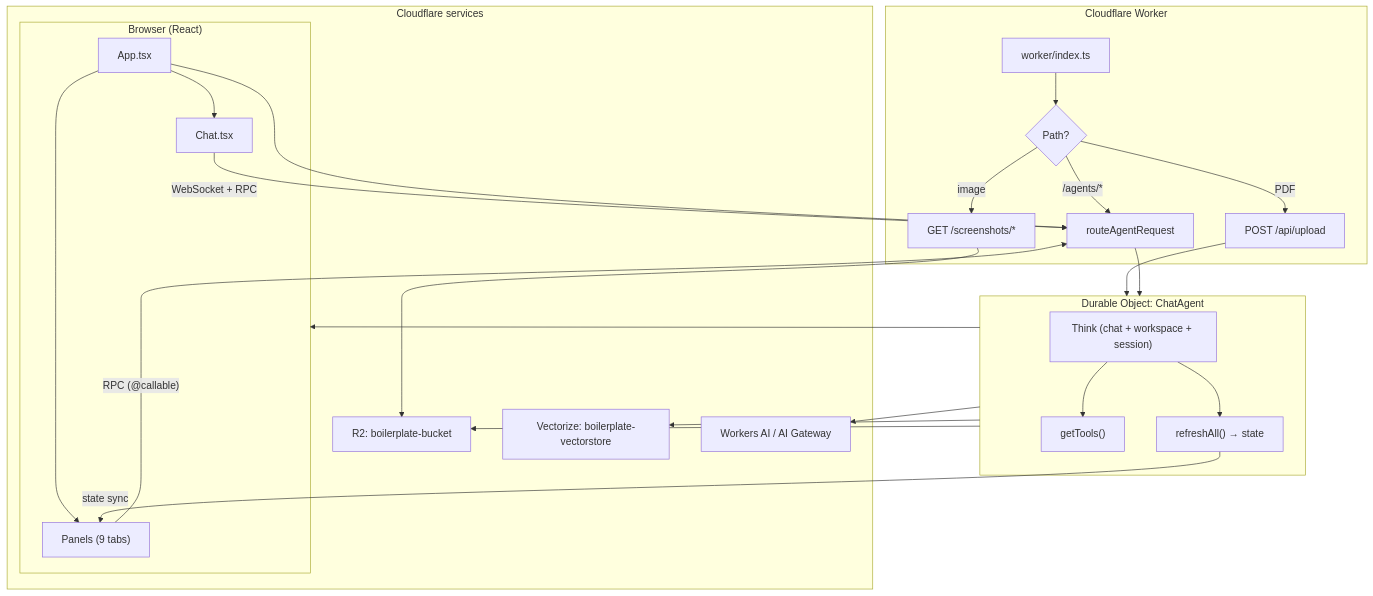
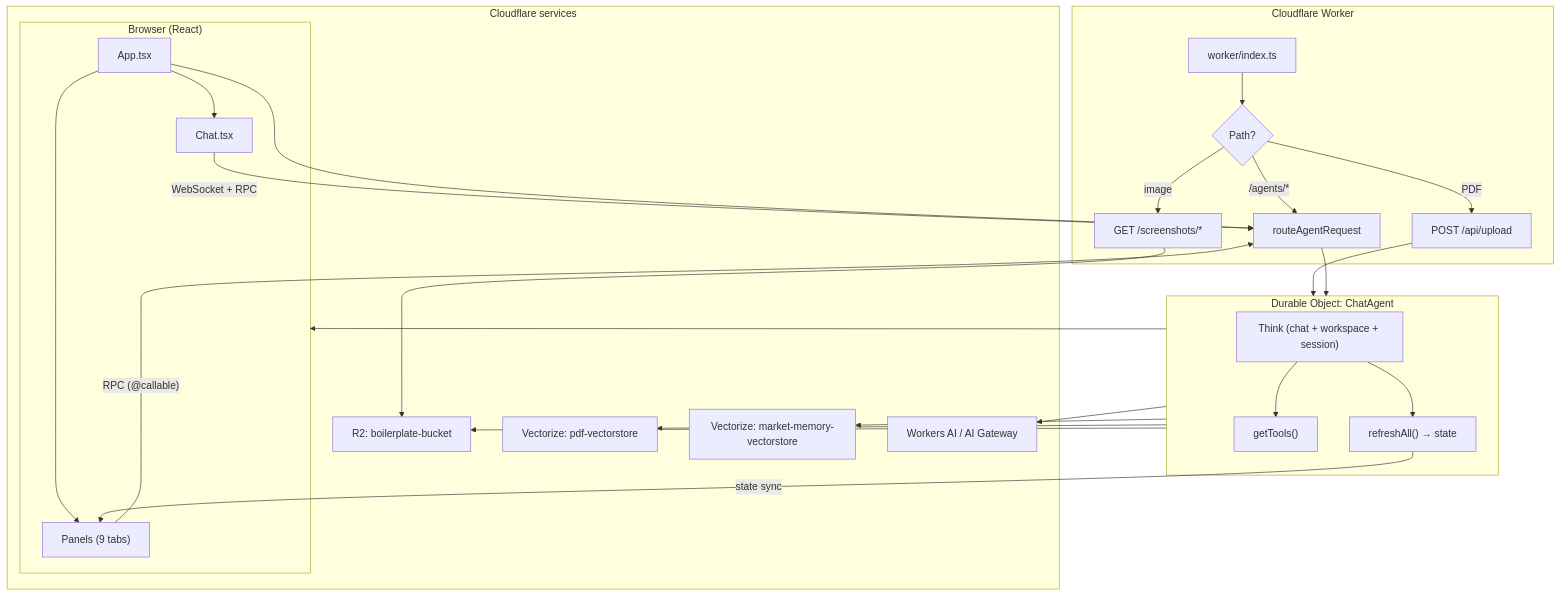
The first of 2 diagrams in ARCHITECTURE.md (Jinu-hub/jinu-agent-nexus), drawn with Mermaid before and after one commit. The commit also changed other lines of this file and 11 other files, not shown here.

First line of the commit message:
feat(vectorize): split PDF and market indexes for interest search

````diff
--- a/ARCHITECTURE.md
+++ b/ARCHITECTURE.md
@@ -50,48 +50,50 @@
 ```mermaid
 flowchart TB
   subgraph Browser["Browser (React)"]
     App["App.tsx"]
     Chat["Chat.tsx"]
     Panels["Panels (9 tabs)"]
     App --> Chat
     App --> Panels
   end
 
   subgraph Worker["Cloudflare Worker"]
     Index["worker/index.ts"]
     Route{"Path?"}
     Upload["POST /api/upload"]
     Screenshots["GET /screenshots/*"]
     AgentRouter["routeAgentRequest"]
   end
 
   subgraph DO["Durable Object: ChatAgent"]
     Think["Think (chat + workspace + session)"]
     Tools["getTools()"]
     Refresh["refreshAll() → state"]
     Think --> Tools
     Think --> Refresh
   end
 
   subgraph External["Cloudflare services"]
     R2["R2: boilerplate-bucket"]
-    VDB["Vectorize: boilerplate-vectorstore"]
+    VDB["Vectorize: pdf-vectorstore"]
+    MVDB["Vectorize: market-memory-vectorstore"]
     AI["Workers AI / AI Gateway"]
     Browser["Browser Rendering"]
   end
 
   Chat -->|"WebSocket + RPC"| AgentRouter
   Panels -->|"RPC (@callable)"| AgentRouter
   App --> AgentRouter
 
   Index --> Route
   Route -->|PDF| Upload --> DO
   Route -->|image| Screenshots --> R2
   Route -->|/agents/*| AgentRouter --> DO
 
   DO --> R2
   DO --> VDB
+  DO --> MVDB
   DO --> AI
   DO --> Browser
   Refresh -->|"state sync"| Panels
 ```
````
